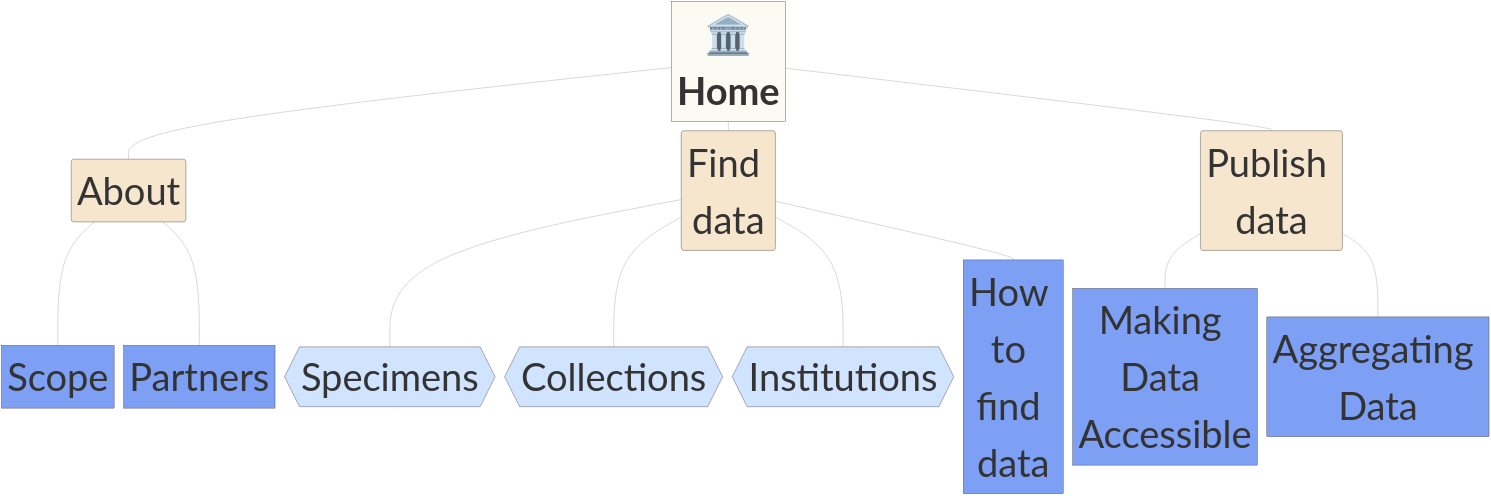
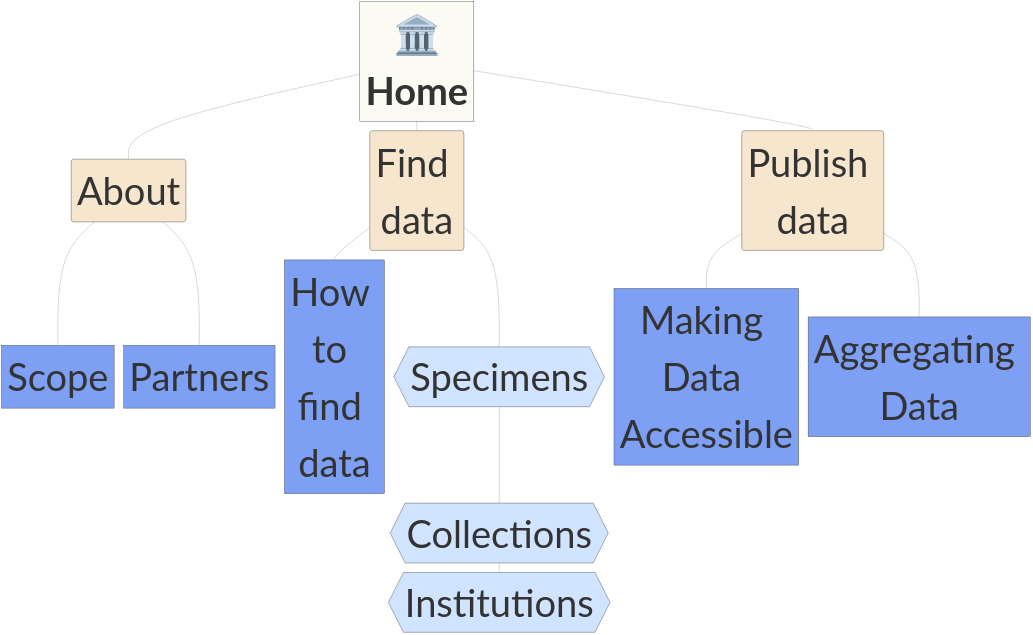
One commit to gbif/hp-swissnatcoll changed the diagram in en/home.md. Above: the diagram before and after it, drawn with Mermaid.

```diff
--- a/en/home.md
+++ b/en/home.md
@@ -61,40 +61,40 @@
 <div class="mermaid">
 graph TD;
     Home["🏛️Home"] --- About;
     Home --- Find_data[Find data];
     Home --- Publish_data[Publish data];
 
     %% Decision Graph in Step 3
     About --- Scope;
     About --- Partners;
+    Find_data --- How_find_data[How to find data];
     Find_data --- Specimens{{Specimens}};
-    Find_data --- Collections{{Collections}};
-    Find_data --- Institutions{{Institutions}};
-    Find_data --- How_find_data[How to find data];
+    Specimens --- Collections{{Collections}};
+    Collections --- Institutions{{Institutions}};
     Publish_data --- Accessible[Making Data Accessible];
     Publish_data --- Aggregating[Aggregating Data];
     
 
     %% Define a "common style" for several blocks
     classDef homepage fill:#FBFBF3,stroke:#333,stroke-width:2px,font-weight:bold,font-size:200px;
     classDef navigation fill: #F5E6CD,stroke:#333,stroke-width:2px,rx:10px,ry:20px,font-size:200px;
     classDef content fill: #7D9FF4,stroke:#333,stroke-width:2px,font-size:200px;
     classDef data fill: #D1E4FF,stroke:#333,stroke-width:2px,font-size:200px;
 
     %% Apply le style à tous les blocs qui doivent avoir la même couleur
     class Home homepage;
     class About,Find_data,Publish_data navigation;
     class Scope,Partners,How_find_data,Accessible,Aggregating content;
     class Specimens,Collections,Institutions data;
     
     %% Define the hyperlink
     click Home "/"
     click Scope "/en/about-scope/"
     click Partners "/en/about-partners"
     click How_find_data "/en/how-to-find-data"
     click Accessible "/en/making-data-accessible/"
     click Aggregating "/en/aggregating-data/"
     click Specimens "/occurrence/search"
     click Collections "/collection/search"
     click Institutions "/institution/search"
 </div>
```
